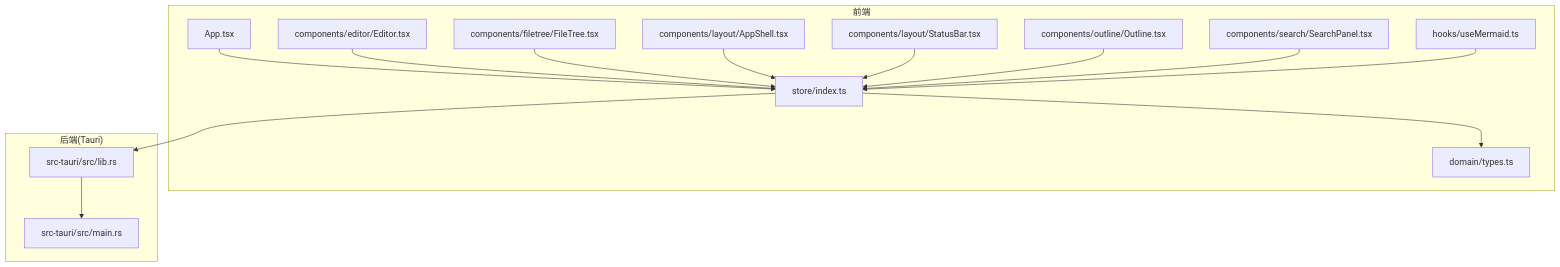
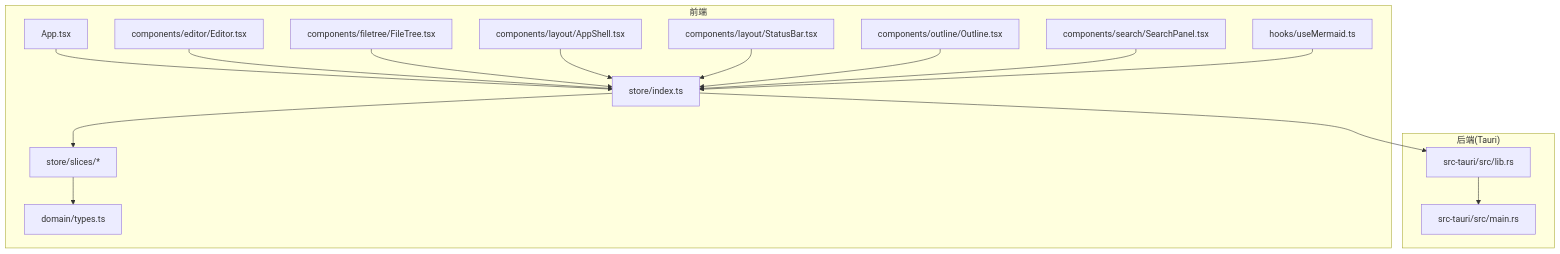
One commit to gongshiyun/ZenNote changed the first of 3 diagrams in .qoder/repowiki/zh/content/状态管理.md. Above: the diagram before and after it, drawn with Mermaid. The commit also changed other lines of this file and 42 other files, not shown here.

````diff
--- a/.qoder/repowiki/zh/content/状态管理.md
+++ b/.qoder/repowiki/zh/content/状态管理.md
@@ -45,30 +58,32 @@
 ```mermaid
 graph TB
 subgraph "前端"
 App["App.tsx"]
 Store["store/index.ts"]
+Slices["store/slices/*"]
 Types["domain/types.ts"]
 Editor["components/editor/Editor.tsx"]
 FileTree["components/filetree/FileTree.tsx"]
 AppShell["components/layout/AppShell.tsx"]
 StatusBar["components/layout/StatusBar.tsx"]
 Outline["components/outline/Outline.tsx"]
 Search["components/search/SearchPanel.tsx"]
 MermaidHook["hooks/useMermaid.ts"]
 end
 subgraph "后端(Tauri)"
 TauriMain["src-tauri/src/main.rs"]
 TauriLib["src-tauri/src/lib.rs"]
 end
 App --> Store
-Store --> Types
+Store --> Slices
+Slices --> Types
 Editor --> Store
 FileTree --> Store
 AppShell --> Store
 StatusBar --> Store
 Outline --> Store
 Search --> Store
 MermaidHook --> Store
 Store --> TauriLib
 TauriLib --> TauriMain
 ```
````
